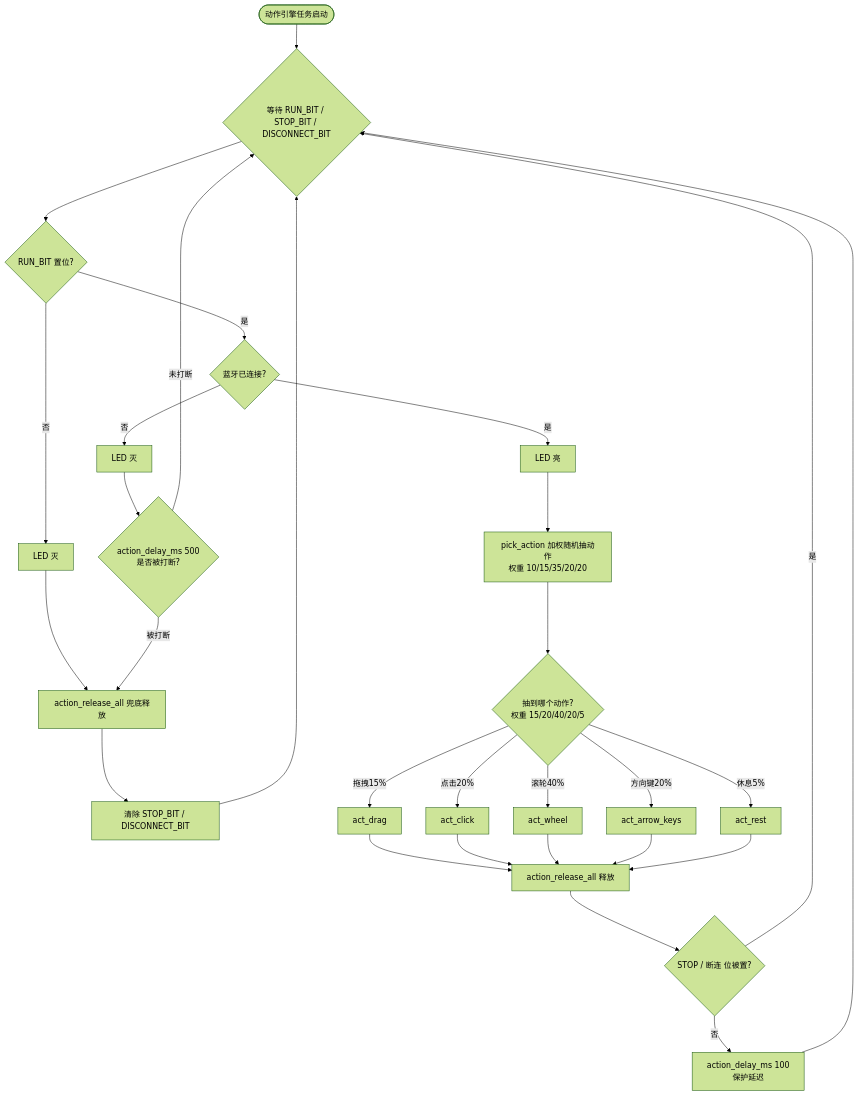
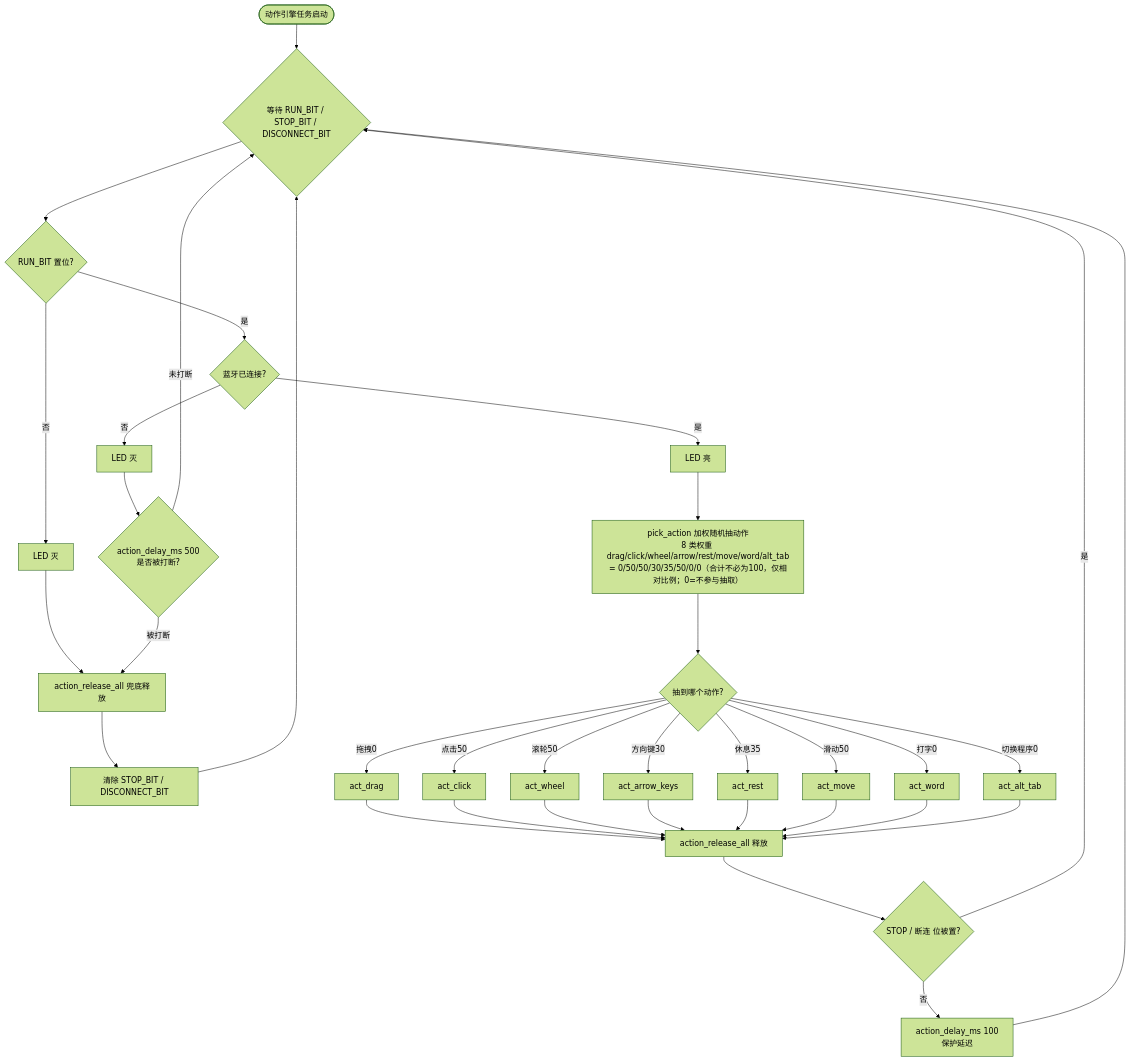
The first of 6 diagrams in 程序逻辑说明.md (cr3hf/ESP32_WEB_BLE_Keyboard-mouse), drawn with Mermaid (forest theme) before and after one commit. The commit also changed other lines of this file and 7 other files, not shown here.

````diff
--- a/程序逻辑说明.md
+++ b/程序逻辑说明.md
@@ -113,31 +119,37 @@
 ```mermaid
 flowchart TD
     A([动作引擎任务启动]) --> B{等待 RUN_BIT / STOP_BIT / DISCONNECT_BIT}
     B --> C{RUN_BIT 置位?}
     C -- 否 --> D[LED 灭]
     D --> E[action_release_all 兜底释放]
     E --> F[清除 STOP_BIT / DISCONNECT_BIT]
     F --> B
     C -- 是 --> G{蓝牙已连接?}
     G -- 否 --> H[LED 灭]
     H --> I{action_delay_ms 500<br/>是否被打断?}
     I -- 被打断 --> E
     I -- 未打断 --> B
     G -- 是 --> J[LED 亮]
-    J --> K[pick_action 加权随机抽动作<br/>权重 10/15/35/20/20]
-    K --> L{抽到哪个动作?<br/>权重 15/20/40/20/5}
-    L -- 拖拽15% --> M1[act_drag]
-    L -- 点击20% --> M2[act_click]
-    L -- 滚轮40% --> M3[act_wheel]
-    L -- 方向键20% --> M4[act_arrow_keys]
-    L -- 休息5% --> M5[act_rest]
+    J --> K[pick_action 加权随机抽动作<br/>8 类权重 drag/click/wheel/arrow/rest/move/word/alt_tab<br/>= 0/50/50/30/35/50/0/0（合计不必为100，仅相对比例；0=不参与抽取）]
+    K --> L{抽到哪个动作?}
+    L -- 拖拽0 --> M1[act_drag]
+    L -- 点击50 --> M2[act_click]
+    L -- 滚轮50 --> M3[act_wheel]
+    L -- 方向键30 --> M4[act_arrow_keys]
+    L -- 休息35 --> M5[act_rest]
+    L -- 滑动50 --> M6[act_move]
+    L -- 打字0 --> M7[act_word]
+    L -- 切换程序0 --> M8[act_alt_tab]
     M1 --> N[action_release_all 释放]
     M2 --> N
     M3 --> N
     M4 --> N
     M5 --> N
+    M6 --> N
+    M7 --> N
+    M8 --> N
     N --> O{STOP / 断连 位被置?}
     O -- 是 --> B
     O -- 否 --> P[action_delay_ms 100<br/>保护延迟]
     P --> B
 ```
````
